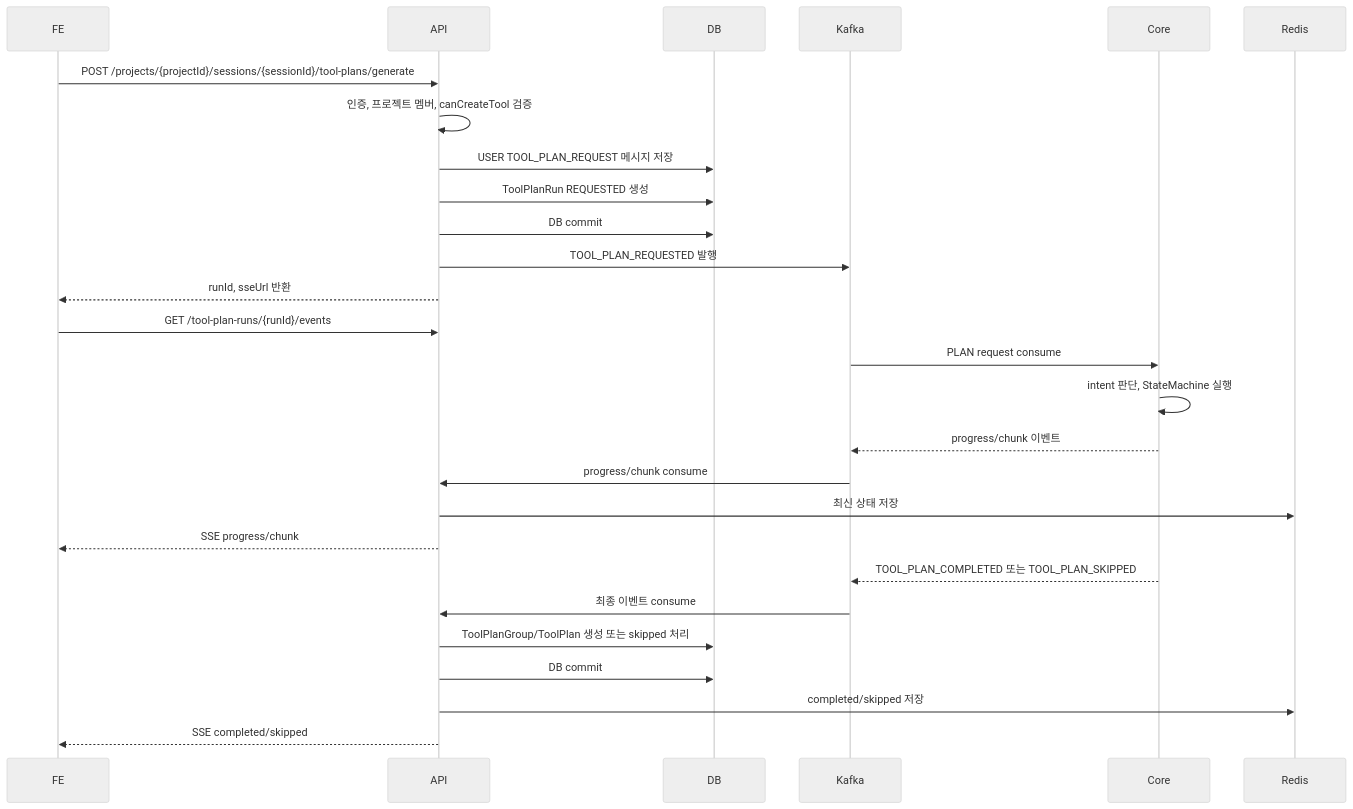
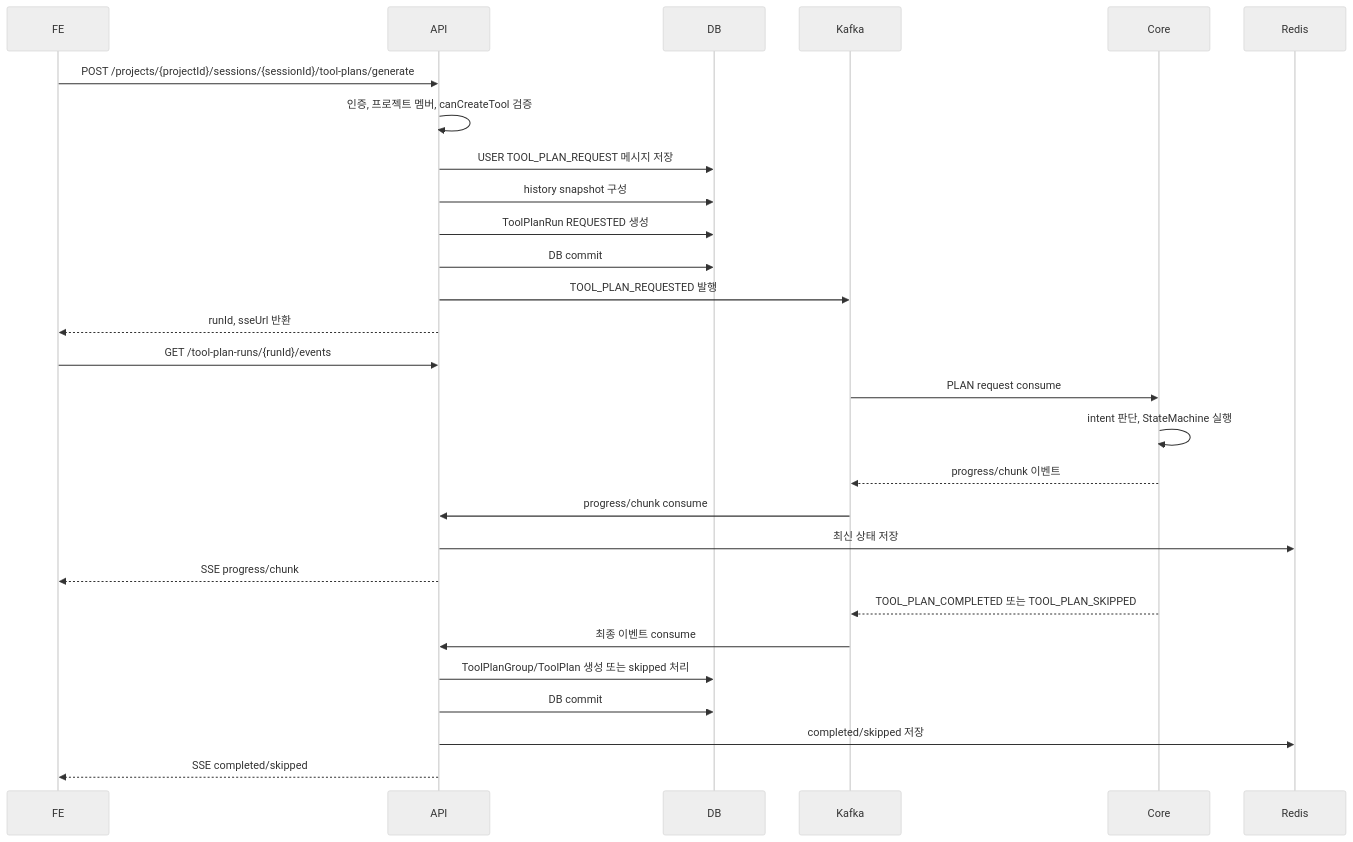
One commit to 5starss/theseus changed the first of 2 diagrams in docs/architecture/tool-execution-flow.md. Above: the diagram before and after it, drawn with Mermaid (neutral theme). The commit also changed other lines of this file and 1 other file, not shown here.

````diff
--- a/docs/architecture/tool-execution-flow.md
+++ b/docs/architecture/tool-execution-flow.md
@@ -95,32 +120,33 @@
 ```mermaid
 sequenceDiagram
     participant FE
     participant API
     participant DB
     participant Kafka
     participant Core
     participant Redis
 
     FE->>API: POST /projects/{projectId}/sessions/{sessionId}/tool-plans/generate
     API->>API: 인증, 프로젝트 멤버, canCreateTool 검증
     API->>DB: USER TOOL_PLAN_REQUEST 메시지 저장
+    API->>DB: history snapshot 구성
     API->>DB: ToolPlanRun REQUESTED 생성
     API->>DB: DB commit
     API->>Kafka: TOOL_PLAN_REQUESTED 발행
     API-->>FE: runId, sseUrl 반환
     FE->>API: GET /tool-plan-runs/{runId}/events
 
     Kafka->>Core: PLAN request consume
     Core->>Core: intent 판단, StateMachine 실행
     Core-->>Kafka: progress/chunk 이벤트
     Kafka->>API: progress/chunk consume
     API->>Redis: 최신 상태 저장
     API-->>FE: SSE progress/chunk
 
     Core-->>Kafka: TOOL_PLAN_COMPLETED 또는 TOOL_PLAN_SKIPPED
     Kafka->>API: 최종 이벤트 consume
     API->>DB: ToolPlanGroup/ToolPlan 생성 또는 skipped 처리
     API->>DB: DB commit
     API->>Redis: completed/skipped 저장
     API-->>FE: SSE completed/skipped
 ```
````
